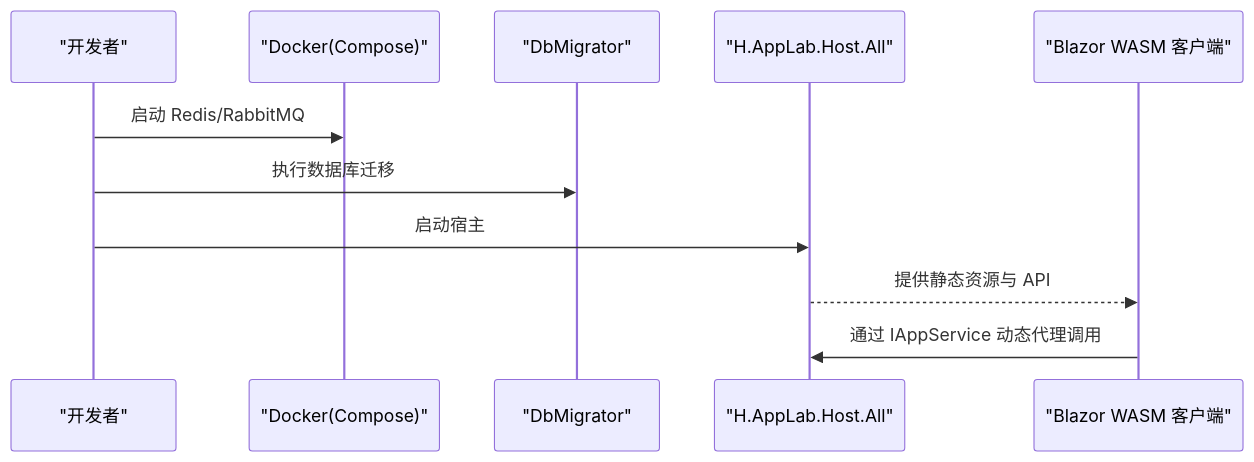
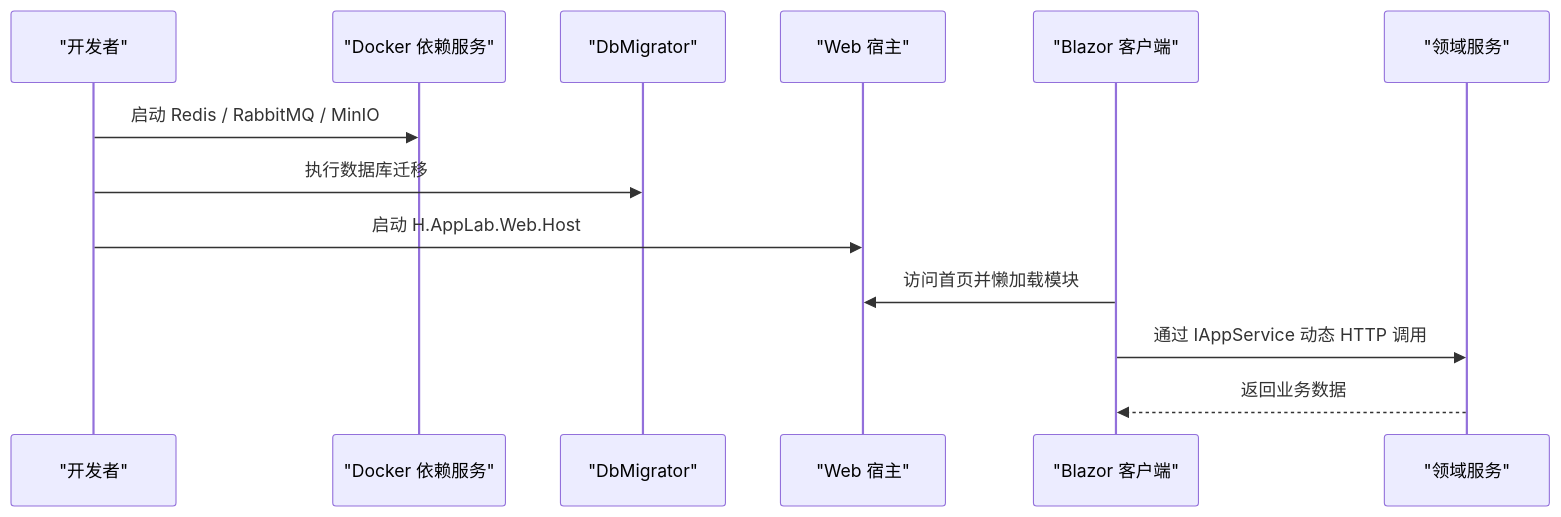
One commit to openlowcodelab/lowcode changed the second of 5 diagrams in .qoder/repowiki/zh/content/开发指南.md. Above: the diagram before and after it, drawn with Mermaid. The commit also changed other lines of this file and 293 other files, not shown here.

````diff
--- a/.qoder/repowiki/zh/content/开发指南.md
+++ b/.qoder/repowiki/zh/content/开发指南.md
@@ -127,13 +72,16 @@
 ```mermaid
 sequenceDiagram
-participant Dev as "开发者"
-participant Docker as "Docker(Compose)"
-participant Migrator as "DbMigrator"
-participant Host as "H.AppLab.Host.All"
-participant Client as "Blazor WASM 客户端"
-Dev->>Docker : 启动 Redis/RabbitMQ
-Dev->>Migrator : 执行数据库迁移
-Dev->>Host : 启动宿主
-Host-->>Client : 提供静态资源与 API
-Client->>Host : 通过 IAppService 动态代理调用
+    participant Dev as "开发者"
+    participant Docker as "Docker 依赖服务"
+    participant Migrator as "DbMigrator"
+    participant WebHost as "Web 宿主"
+    participant Client as "Blazor 客户端"
+    participant Service as "领域服务"
+    
+    Dev->>Docker: 启动 Redis / RabbitMQ / MinIO
+    Dev->>Migrator: 执行数据库迁移
+    Dev->>WebHost: 启动 H.AppLab.Web.Host
+    Client->>WebHost: 访问首页并懒加载模块
+    Client->>Service: 通过 IAppService 动态 HTTP 调用
+    Service-->>Client: 返回业务数据
 ```
````
